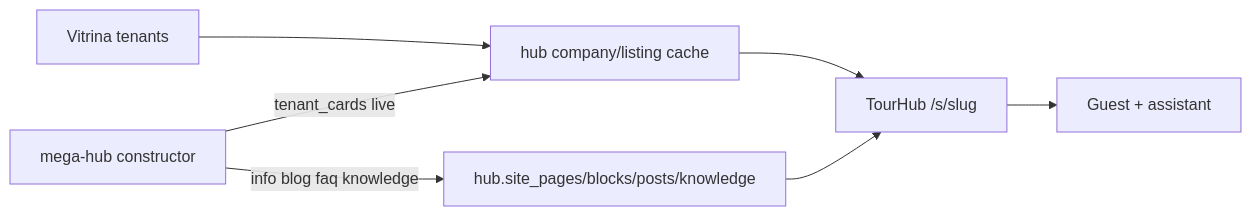
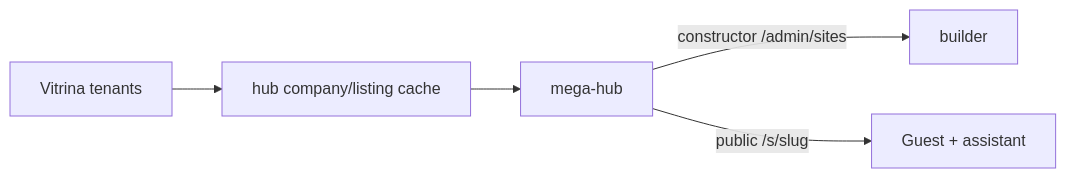
One commit to sibnike/yanbada-docs changed the diagram in docs/agent-context/09-themed-sites.md. Above: the diagram before and after it, drawn with Mermaid. The commit also changed other lines of this file and 33 other files, not shown here.

First line of the commit message:
docs: themed sites live in mega-hub, not TourHub

````diff
--- a/docs/agent-context/09-themed-sites.md
+++ b/docs/agent-context/09-themed-sites.md
@@ -20,14 +18,11 @@
 ```mermaid
 flowchart LR
   Vitrina["Vitrina tenants"]
   Cache["hub company/listing cache"]
-  Builder["mega-hub constructor"]
-  TourHub["TourHub /s/slug"]
+  Hub["mega-hub"]
   Guest["Guest + assistant"]
   Vitrina --> Cache
-  Builder -->|"tenant_cards live"| Cache
-  Builder -->|"info blog faq knowledge"| Pages["hub.site_pages/blocks/posts/knowledge"]
-  Cache --> TourHub
-  Pages --> TourHub
-  TourHub --> Guest
+  Cache --> Hub
+  Hub -->|"constructor /admin/sites"| Builder["builder"]
+  Hub -->|"public /s/slug"| Guest
 ```
````
